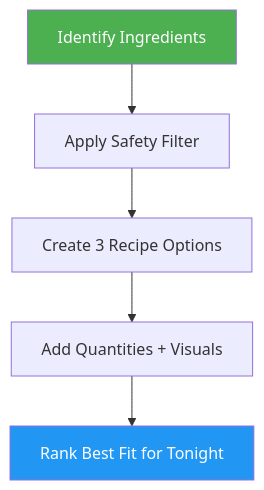
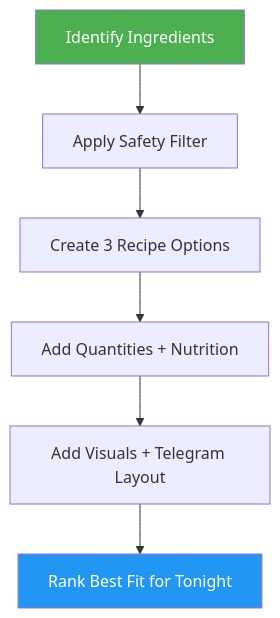
Before and after one commit to luongnv89/cooking-skills: the diagram in skills/quick-healthy-recipes/docs/README.md, drawn with Mermaid. The commit also changed other lines of this file and 2 other files, not shown here.

Commit message:
Resolve issue 2 nutrition Telegram layout

````diff
--- a/skills/quick-healthy-recipes/docs/README.md
+++ b/skills/quick-healthy-recipes/docs/README.md
@@ -34,9 +34,10 @@
 ```mermaid
 graph TD
     A["Identify Ingredients"] --> B["Apply Safety Filter"]
     B --> C["Create 3 Recipe Options"]
-    C --> D["Add Quantities + Visuals"]
-    D --> E["Rank Best Fit for Tonight"]
+    C --> D["Add Quantities + Nutrition"]
+    D --> E["Add Visuals + Telegram Layout"]
+    E --> F["Rank Best Fit for Tonight"]
     style A fill:#4CAF50,color:#fff
-    style E fill:#2196F3,color:#fff
+    style F fill:#2196F3,color:#fff
 ```
````
